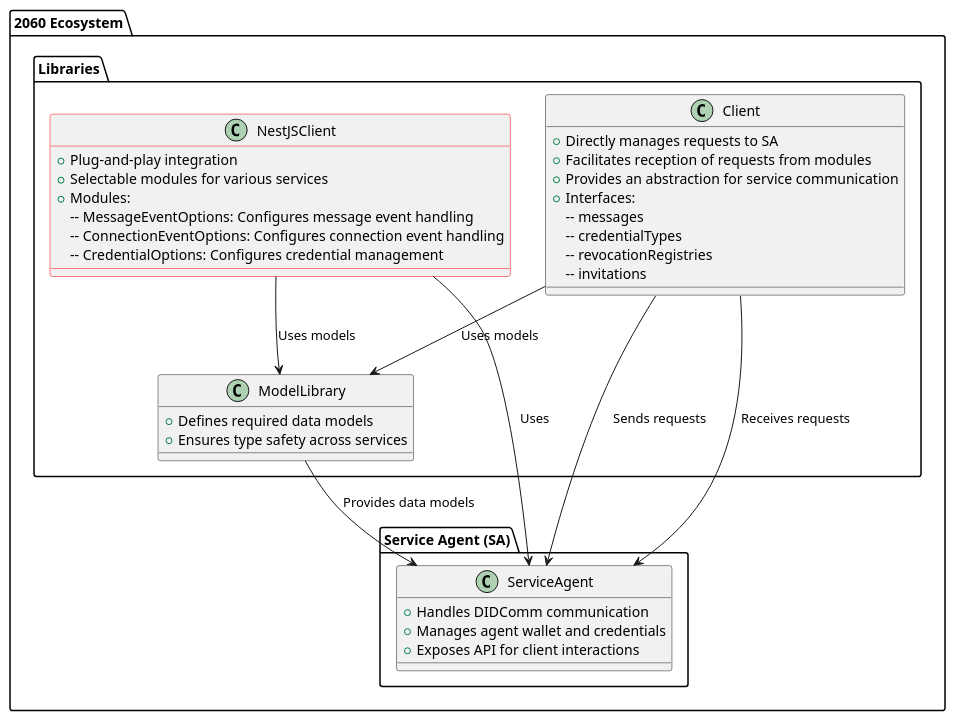
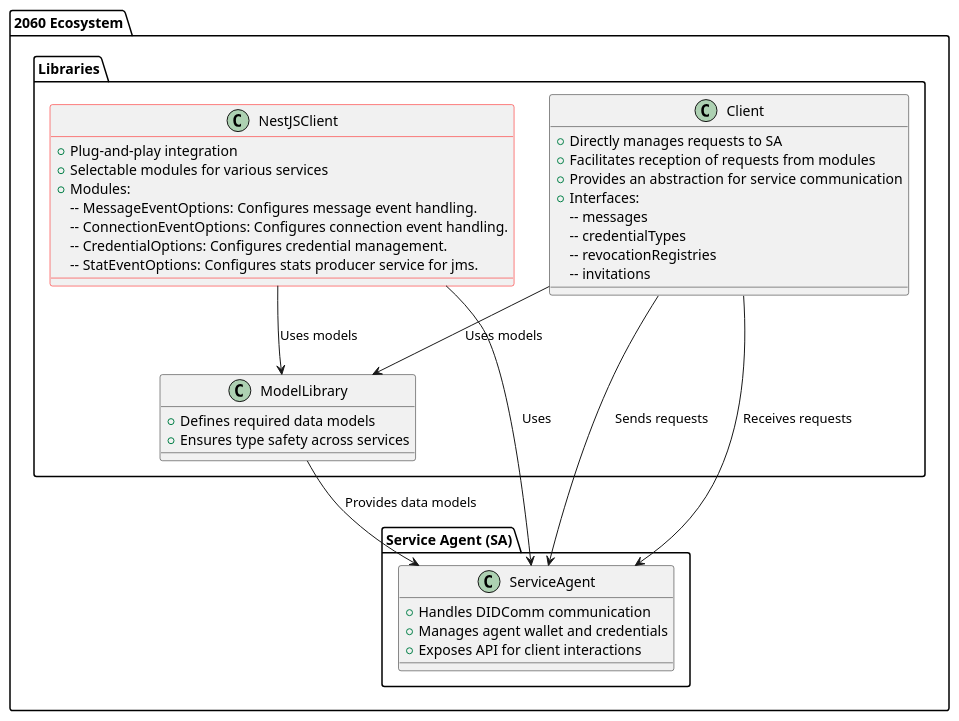
Before and after one commit to 2060-io/vs-agent: the diagram in packages/nestjs-client/README.md, drawn with PlantUML. The commit also changed other lines of this file, not shown here.

````diff
--- a/packages/nestjs-client/README.md
+++ b/packages/nestjs-client/README.md
@@ -16,48 +16,49 @@
 ```plantuml
 @startuml
 
 package "2060 Ecosystem" {
     package "Service Agent (SA)" {
         class ServiceAgent {
             + Handles DIDComm communication
             + Manages agent wallet and credentials
             + Exposes API for client interactions
         }
     }
     
     package "Libraries" {
         class NestJSClient ##red {
             + Plug-and-play integration
             + Selectable modules for various services
             + Modules:
-              -- MessageEventOptions: Configures message event handling
-              -- ConnectionEventOptions: Configures connection event handling
-              -- CredentialOptions: Configures credential management
+              -- MessageEventOptions: Configures message event handling.
+              -- ConnectionEventOptions: Configures connection event handling.
+              -- CredentialOptions: Configures credential management.
+              -- StatEventOptions: Configures stats producer service for jms.
         }
         class Client {
             + Directly manages requests to SA
             + Facilitates reception of requests from modules
             + Provides an abstraction for service communication
             + Interfaces:
               -- messages
               -- credentialTypes
               -- revocationRegistries
               -- invitations
       
         }
         class ModelLibrary {
             + Defines required data models
             + Ensures type safety across services
         }
     }
 }
 
 NestJSClient --> ServiceAgent : Uses
 Client --> ServiceAgent : Sends requests
 Client --> ServiceAgent : Receives requests
 Client --> ModelLibrary : Uses models
 ModelLibrary --> ServiceAgent : Provides data models
 NestJSClient --> ModelLibrary : Uses models
 
 @enduml
 ```
````
